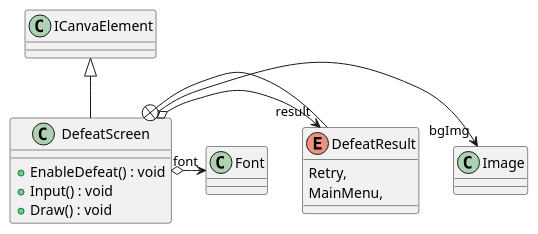
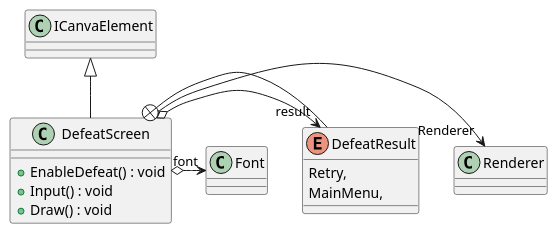
One commit to Reroll-inc/sweeper-rpg changed the diagram in uml/SweeperRpg/Src/UI/DefeatScreen.puml. Above: the diagram before and after it, drawn with PlantUML. The commit also changed 11 other files, not shown here.

Commit message:
docs: update UML

```diff
--- a/uml/SweeperRpg/Src/UI/DefeatScreen.puml
+++ b/uml/SweeperRpg/Src/UI/DefeatScreen.puml
@@ -1,16 +1,16 @@
 @startuml
 class DefeatScreen {
     + EnableDefeat() : void
     + Input() : void
     + Draw() : void
 }
 enum DefeatResult {
     Retry,
     MainMenu,
 }
 ICanvaElement <|-- DefeatScreen
-DefeatScreen o-> "bgImg" Image
+DefeatScreen o-> "Renderer" Renderer
 DefeatScreen o-> "result" DefeatResult
 DefeatScreen o-> "font" Font
 DefeatScreen +-- DefeatResult
 @enduml
```
